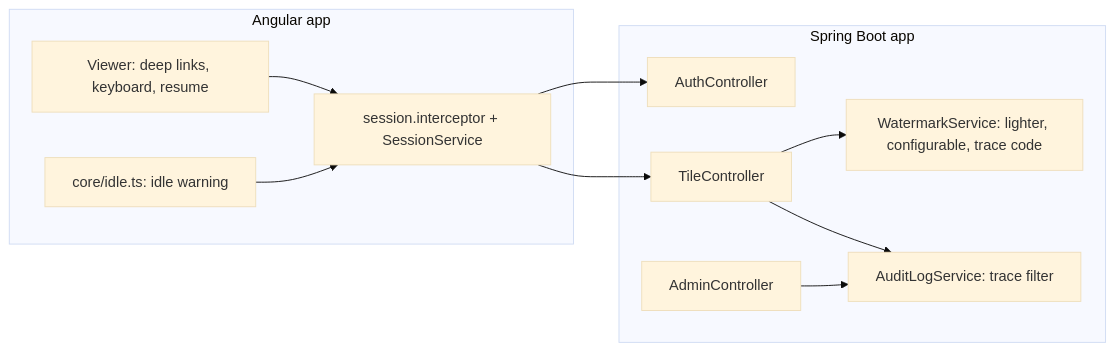
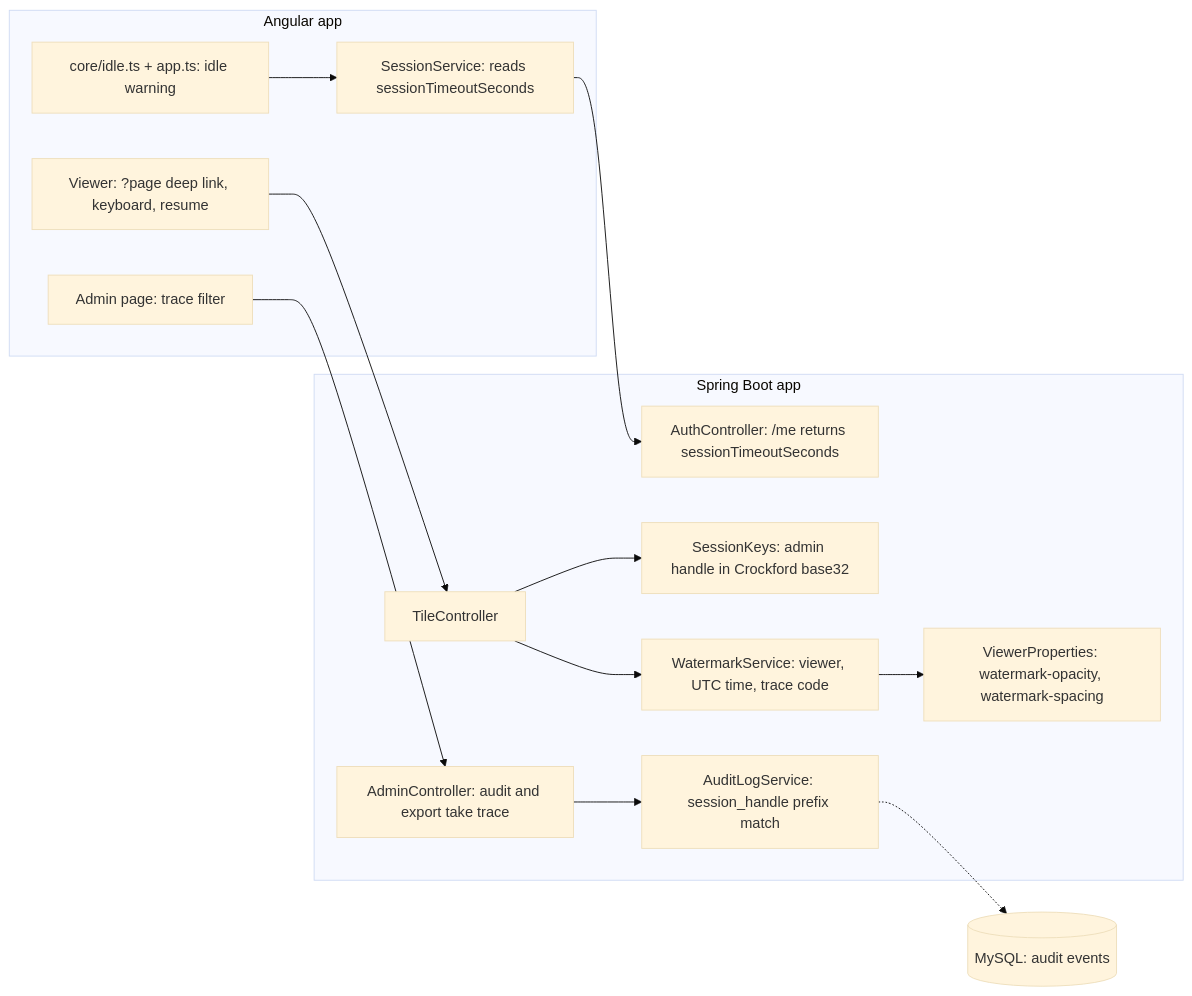
The diagram in book/blueprints/v4-reading.md (Sriram-Codes-SW/secure-doc-viewer), drawn with Mermaid (base theme) before and after one commit. The commit also changed other lines of this file and 24 other files, not shown here.

````diff
--- a/book/blueprints/v4-reading.md
+++ b/book/blueprints/v4-reading.md
@@ -3,21 +3,26 @@
 ```mermaid
 flowchart LR
     subgraph FE["Angular app"]
-        V["Viewer: deep links, keyboard, resume"]
-        ID["core/idle.ts: idle warning"]
-        SI["session.interceptor + SessionService"]
+        V["Viewer: ?page deep link, keyboard, resume"]
+        ID["core/idle.ts + app.ts: idle warning"]
+        SS["SessionService: reads sessionTimeoutSeconds"]
+        AA["Admin page: trace filter"]
     end
     subgraph API["Spring Boot app"]
-        AC["AuthController"]
+        AC["AuthController: /me returns sessionTimeoutSeconds"]
         TC["TileController"]
-        WM["WatermarkService: lighter, configurable, trace code"]
-        AU["AuditLogService: trace filter"]
-        AD["AdminController"]
+        SK["SessionKeys: admin handle in Crockford base32"]
+        WM["WatermarkService: viewer, UTC time, trace code"]
+        AD["AdminController: audit and export take trace"]
+        AU["AuditLogService: session_handle prefix match"]
+        VP["ViewerProperties: watermark-opacity, watermark-spacing"]
     end
-    V --> SI --> TC
-    ID --> SI
-    SI --> AC
+    M[("MySQL: audit events")]
+    V --> TC
+    ID --> SS --> AC
+    TC --> SK
     TC --> WM
-    TC --> AU
-    AD --> AU
+    WM --> VP
+    AA --> AD --> AU
+    AU -.-> M
 ```
````
